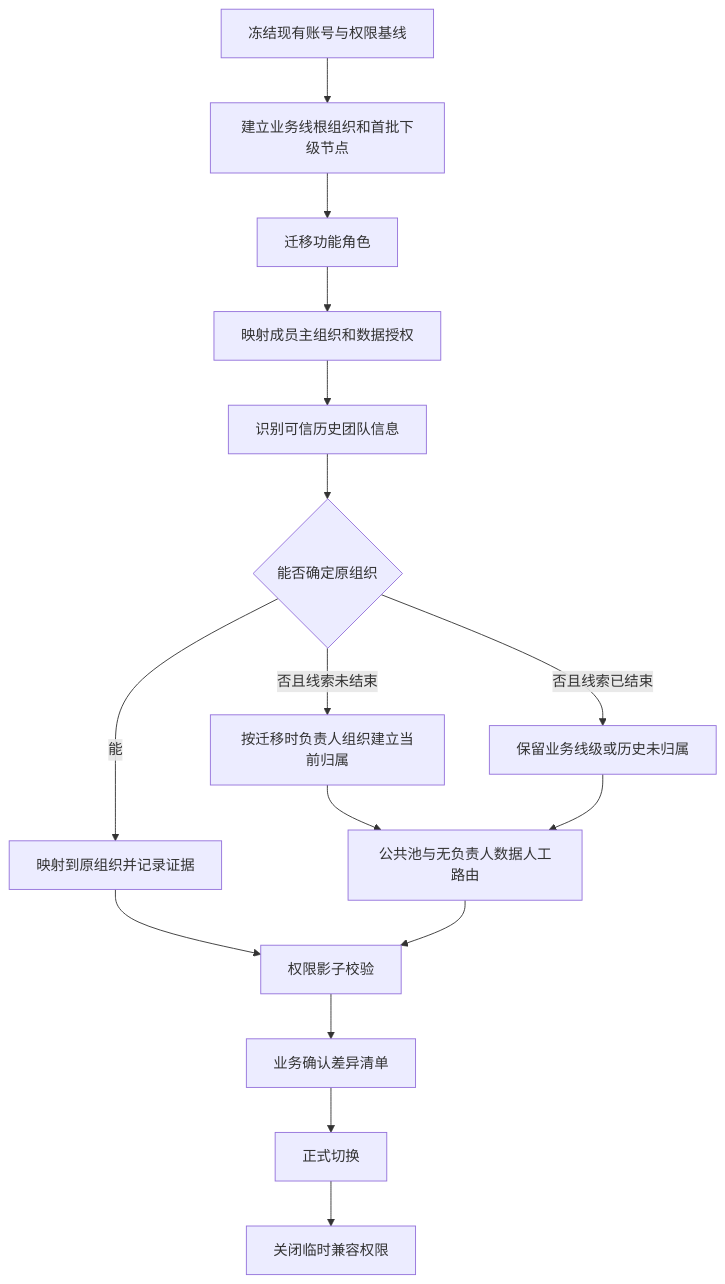
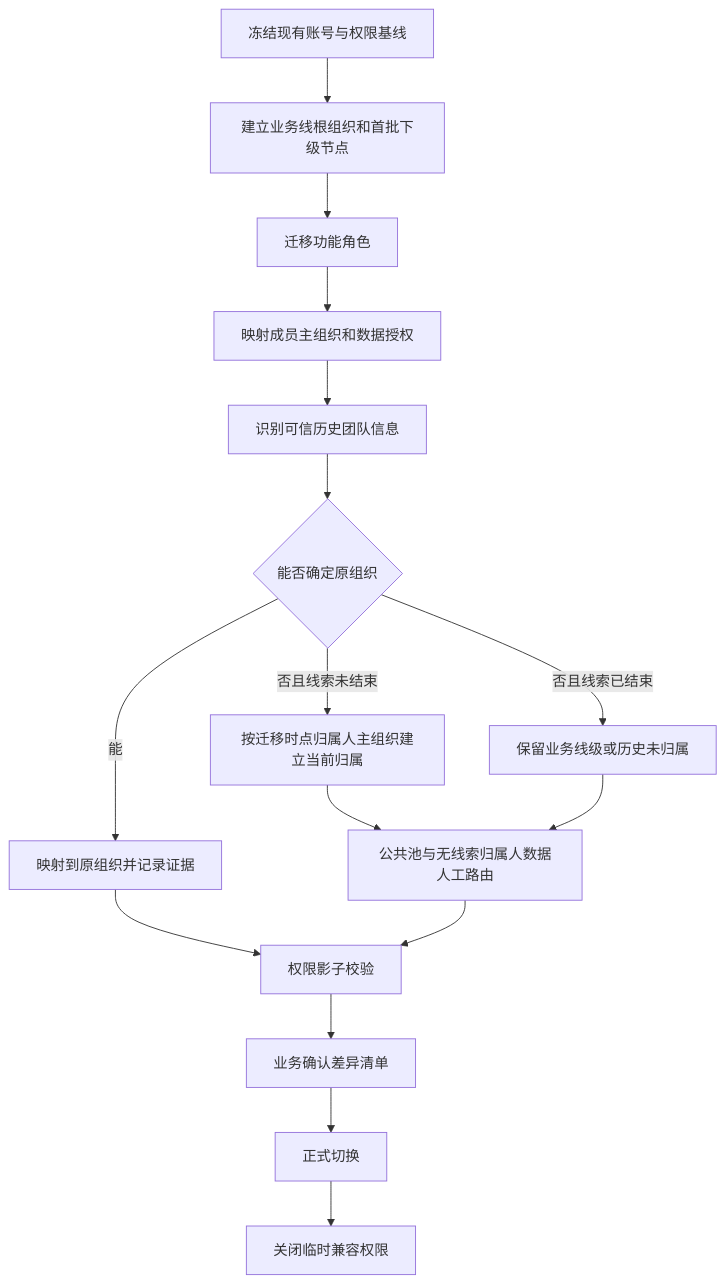
One commit to h3-ai-lab/hhhprd changed the diagram in projects/crm-org-data-permissions/research/HISTORICAL-MIGRATION.md. Above: the diagram before and after it, drawn with Mermaid. The commit also changed other lines of this file and 10 other files, not shown here.

````diff
--- a/projects/crm-org-data-permissions/research/HISTORICAL-MIGRATION.md
+++ b/projects/crm-org-data-permissions/research/HISTORICAL-MIGRATION.md
@@ -115,18 +115,18 @@
 ```mermaid
 flowchart TD
     A[冻结现有账号与权限基线] --> B[建立业务线根组织和首批下级节点]
     B --> C[迁移功能角色]
     C --> D[映射成员主组织和数据授权]
     D --> E[识别可信历史团队信息]
     E --> F{能否确定原组织}
     F -->|能| G[映射到原组织并记录证据]
-    F -->|否且线索未结束| H[按迁移时负责人组织建立当前归属]
+    F -->|否且线索未结束| H[按迁移时点归属人主组织建立当前归属]
     F -->|否且线索已结束| I[保留业务线级或历史未归属]
-    H --> J[公共池与无负责人数据人工路由]
+    H --> J[公共池与无线索归属人数据人工路由]
     I --> J
     G --> K[权限影子校验]
     J --> K
     K --> L[业务确认差异清单]
     L --> M[正式切换]
     M --> N[关闭临时兼容权限]
 ```
````
